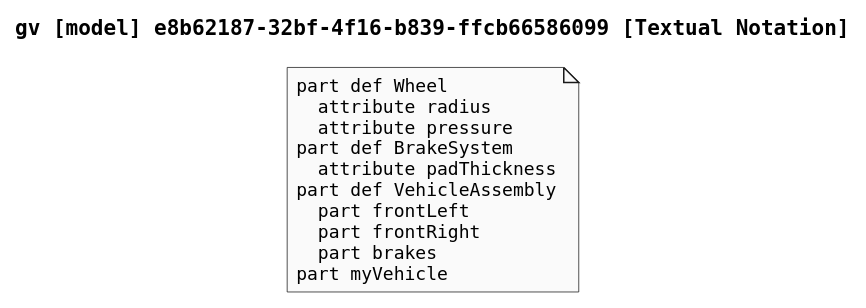
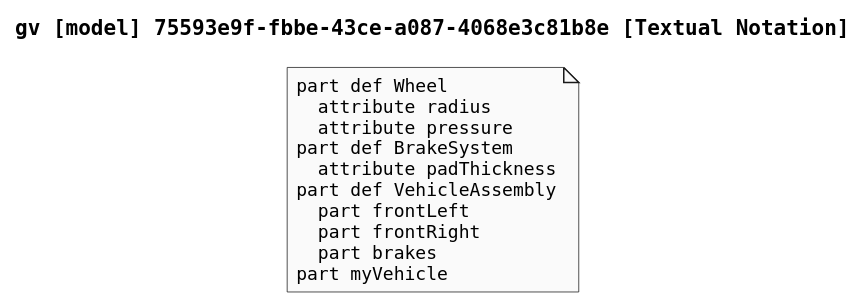
Before and after one commit to mycr0ft/sysml2py: the diagram in docs/plantuml-examples/14-textual-notation.puml, drawn with PlantUML. The commit also changed 27 other files, not shown here.

```diff
--- a/docs/plantuml-examples/14-textual-notation.puml
+++ b/docs/plantuml-examples/14-textual-notation.puml
@@ -1,23 +1,23 @@
 @startuml
 
 skinparam monochrome true
 skinparam defaultFontSize 12
 skinparam defaultFontName Helvetica
 skinparam defaultFontName Monospaced
 
-title gv [model] e8b62187-32bf-4f16-b839-ffcb66586099 [Textual Notation]
+title gv [model] 75593e9f-fbbe-43ce-a087-4068e3c81b8e [Textual Notation]
 
 note as TextualNotation
 part def Wheel
   attribute radius
   attribute pressure
 part def BrakeSystem
   attribute padThickness
 part def VehicleAssembly
   part frontLeft
   part frontRight
   part brakes
 part myVehicle
 end note
 
 @enduml
```
